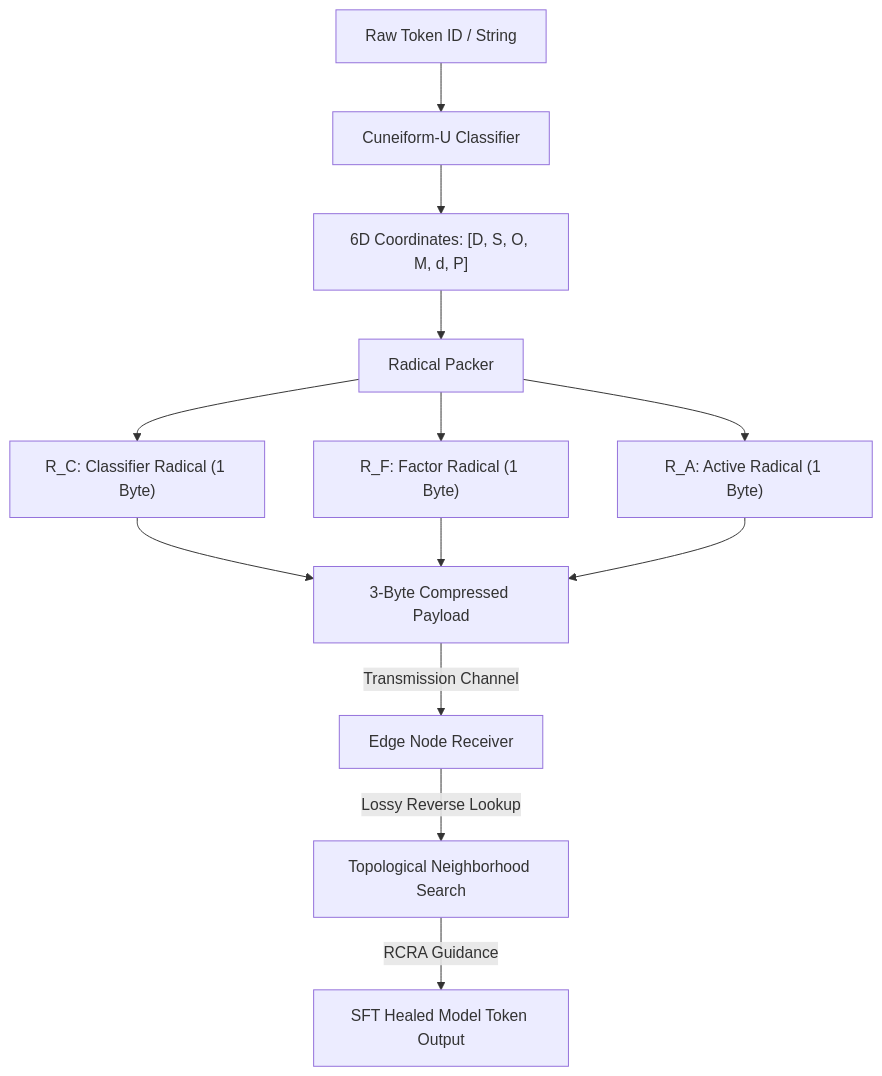
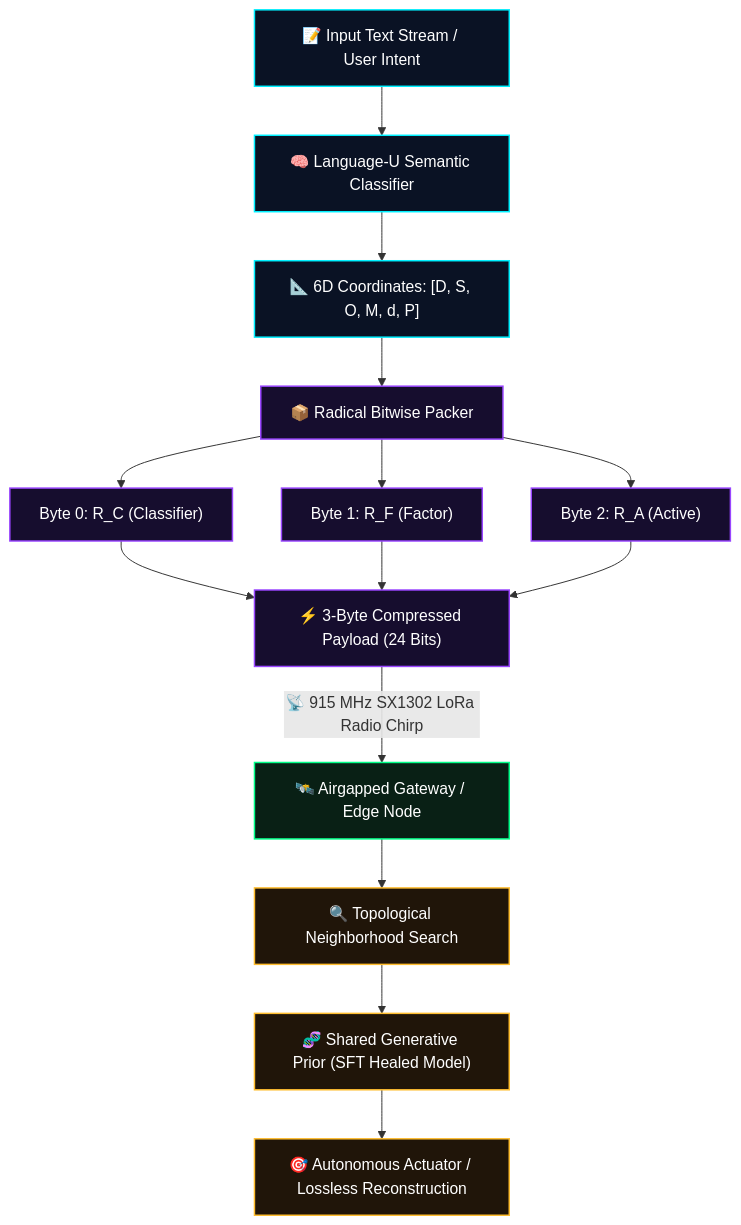
The diagram in crates/zymatica-language-u/02_Cuneiform_U_Hypercube_Yin/WHITEPAPER.md (DannyB-bit/zymatica-kernel), drawn with Mermaid before and after one commit. The commit also changed other lines of this file and 5 other files, not shown here.

Commit message:
docs: enrich Cuneiform-U 6D whitepaper with CRT terminal UI, SVG graphics, and decompilation lore

````diff
--- a/crates/zymatica-language-u/02_Cuneiform_U_Hypercube_Yin/WHITEPAPER.md
+++ b/crates/zymatica-language-u/02_Cuneiform_U_Hypercube_Yin/WHITEPAPER.md
@@ -39,13 +126,19 @@
 ```mermaid
 graph TD
-    A["Raw Token ID / String"] --> B["Cuneiform-U Classifier"]
-    B --> C["6D Coordinates: [D, S, O, M, d, P]"]
-    C --> D["Radical Packer"]
-    D --> E["R_C: Classifier Radical (1 Byte)"]
-    D --> F["R_F: Factor Radical (1 Byte)"]
-    D --> G["R_A: Active Radical (1 Byte)"]
-    E & F & G --> H["3-Byte Compressed Payload"]
-    H -->|Transmission Channel| I["Edge Node Receiver"]
-    I -->|Lossy Reverse Lookup| J["Topological Neighborhood Search"]
-    J -->|RCRA Guidance| K["SFT Healed Model Token Output"]
+    classDef terminal fill:#0A1224,stroke:#00F0FF,stroke-width:1.5px,color:#FFFFFF;
+    classDef radical fill:#160D2E,stroke:#9945FF,stroke-width:1.5px,color:#FFFFFF;
+    classDef lora fill:#092015,stroke:#00FF88,stroke-width:1.5px,color:#FFFFFF;
+    classDef receiver fill:#201509,stroke:#FFBD2E,stroke-width:1.5px,color:#FFFFFF;
+
+    A["📝 Input Text Stream / User Intent"]:::terminal --> B["🧠 Language-U Semantic Classifier"]:::terminal
+    B --> C["📐 6D Coordinates: [D, S, O, M, d, P]"]:::terminal
+    C --> D["📦 Radical Bitwise Packer"]:::radical
+    D --> E["Byte 0: R_C (Classifier)"]:::radical
+    D --> F["Byte 1: R_F (Factor)"]:::radical
+    D --> G["Byte 2: R_A (Active)"]:::radical
+    E & F & G --> H["⚡ 3-Byte Compressed Payload (24 Bits)"]:::radical
+    H -->|📡 915 MHz SX1302 LoRa Radio Chirp| I["🛰️ Airgapped Gateway / Edge Node"]:::lora
+    I --> J["🔍 Topological Neighborhood Search"]:::receiver
+    J --> K["🧬 Shared Generative Prior (SFT Healed Model)"]:::receiver
+    K --> L["🎯 Autonomous Actuator / Lossless Reconstruction"]:::receiver
 ```
````
